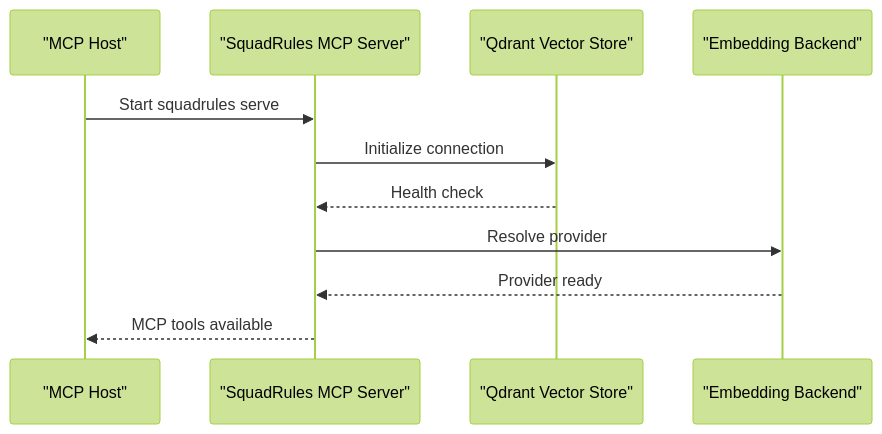
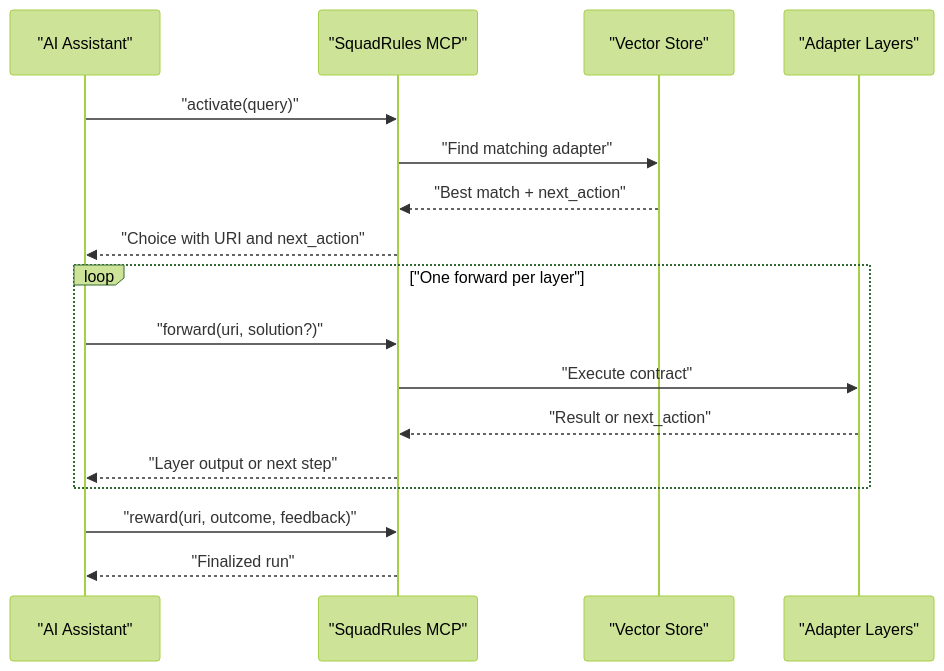
One commit to SquadRules/mcp changed the second of 3 diagrams in .qoder/repowiki/en/content/Getting Started.md. Above: the diagram before and after it, drawn with Mermaid (forest theme). The commit also changed other lines of this file and 553 other files, not shown here.

````diff
--- a/.qoder/repowiki/en/content/Getting Started.md
+++ b/.qoder/repowiki/en/content/Getting Started.md
@@ -180,13 +74,19 @@
 ```mermaid
 sequenceDiagram
-participant Host as "MCP Host"
-participant Server as "SquadRules MCP Server"
-participant Qdrant as "Qdrant Vector Store"
-participant Embedding as "Embedding Backend"
-Host->>Server : Start squadrules serve
-Server->>Qdrant : Initialize connection
-Qdrant-->>Server : Health check
-Server->>Embedding : Resolve provider
-Embedding-->>Server : Provider ready
-Server-->>Host : MCP tools available
+participant Agent as "AI Assistant"
+participant MCP as "SquadRules MCP"
+participant Store as "Vector Store"
+participant Adapter as "Adapter Layers"
+Agent->>MCP : "activate(query)"
+MCP->>Store : "Find matching adapter"
+Store-->>MCP : "Best match + next_action"
+MCP-->>Agent : "Choice with URI and next_action"
+loop "One forward per layer"
+Agent->>MCP : "forward(uri, solution?)"
+MCP->>Adapter : "Execute contract"
+Adapter-->>MCP : "Result or next_action"
+MCP-->>Agent : "Layer output or next step"
+end
+Agent->>MCP : "reward(uri, outcome, feedback)"
+MCP-->>Agent : "Finalized run"
 ```
````
